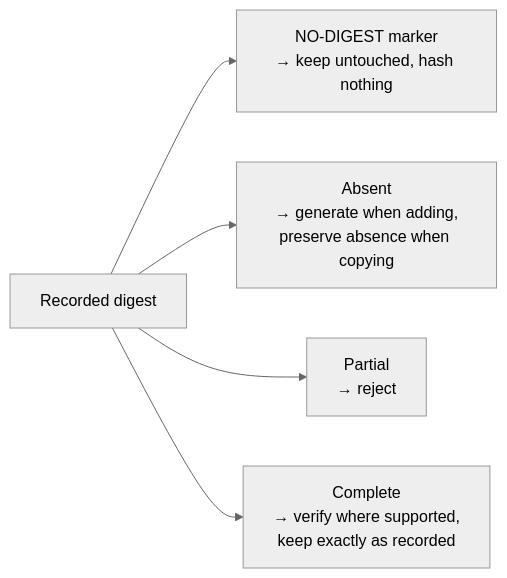
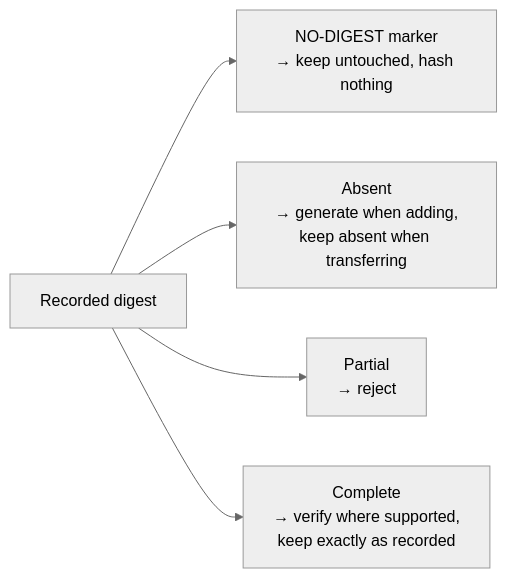
One commit to open-component-model/open-component-model changed the diagram in docs/adr/0033_resource_digest_rules.md. Above: the diagram before and after it, drawn with Mermaid (neutral theme). The commit also changed other lines of this file, not shown here.

````diff
--- a/docs/adr/0033_resource_digest_rules.md
+++ b/docs/adr/0033_resource_digest_rules.md
@@ -83,7 +83,7 @@
 ```mermaid
 flowchart LR
     R["Recorded digest"] --> X["NO-DIGEST marker<br/>→ keep untouched, hash nothing"]
-    R --> N["Absent<br/>→ generate when adding,<br/>preserve absence when copying"]
+    R --> N["Absent<br/>→ generate when adding,<br/>keep absent when transferring"]
     R --> P["Partial<br/>→ reject"]
     R --> C["Complete<br/>→ verify where supported,<br/>keep exactly as recorded"]
 ```
````
